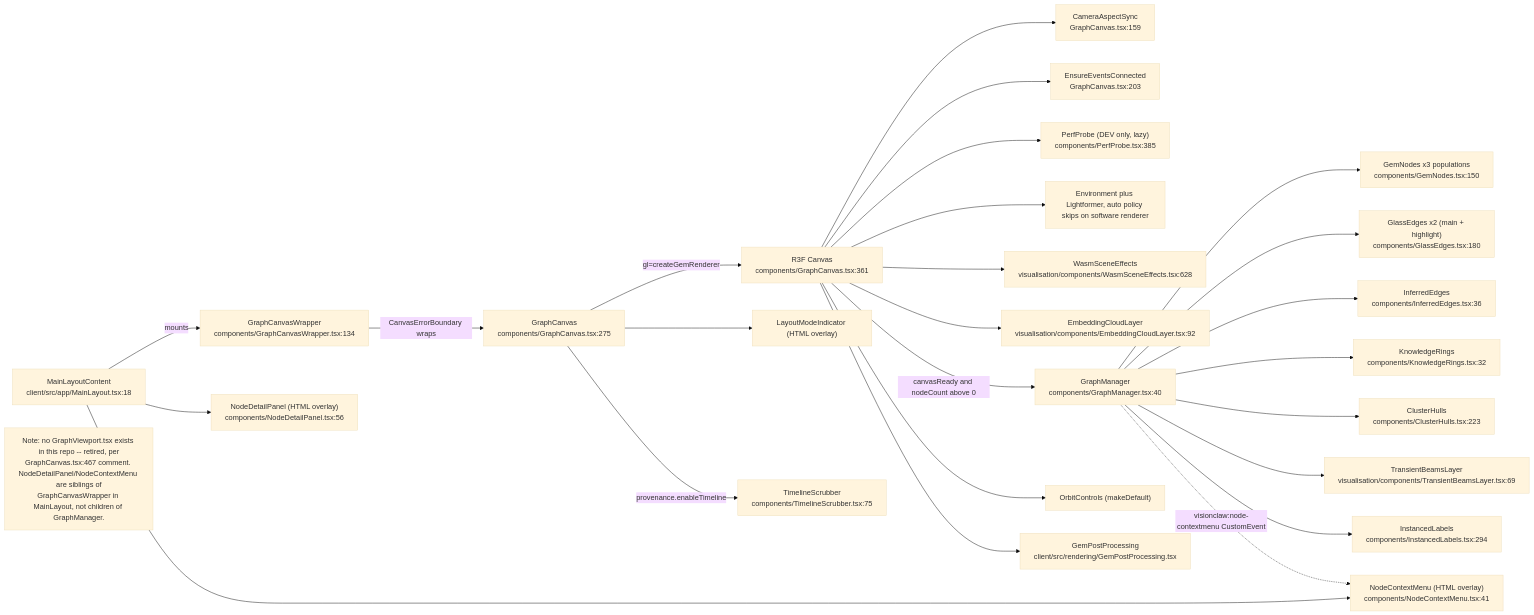
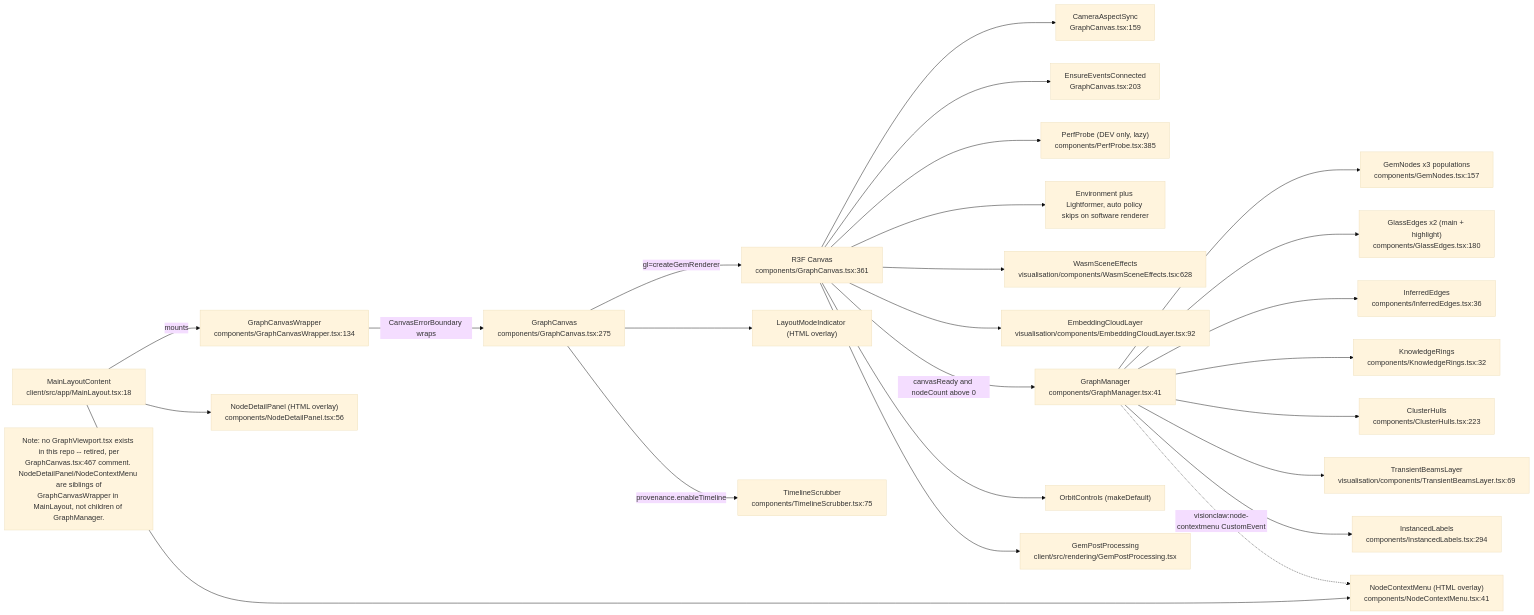
Before and after one commit to DreamLab-AI/VisionFlow: the first of 11 diagrams in docs/diagrams/visionclaw/31-client-graph-render-pipeline.md, drawn with Mermaid (base theme). The commit also changed other lines of this file and 32 other files, not shown here.

````diff
--- a/docs/diagrams/visionclaw/31-client-graph-render-pipeline.md
+++ b/docs/diagrams/visionclaw/31-client-graph-render-pipeline.md
@@ -59,28 +61,28 @@
 ```mermaid
 flowchart LR
     ML["MainLayoutContent<br/>client/src/app/MainLayout.tsx:18"] -->|mounts| GCW["GraphCanvasWrapper<br/>components/GraphCanvasWrapper.tsx:134"]
     GCW -->|CanvasErrorBoundary wraps| GC["GraphCanvas<br/>components/GraphCanvas.tsx:275"]
     GC -->|"gl=createGemRenderer"| CANVAS["R3F Canvas<br/>components/GraphCanvas.tsx:361"]
     CANVAS --> CAS["CameraAspectSync<br/>GraphCanvas.tsx:159"]
     CANVAS --> EEC["EnsureEventsConnected<br/>GraphCanvas.tsx:203"]
     CANVAS --> PP["PerfProbe (DEV only, lazy)<br/>components/PerfProbe.tsx:385"]
     CANVAS --> ENV["Environment plus Lightformer, auto policy skips on software renderer"]
     CANVAS --> WSE["WasmSceneEffects<br/>visualisation/components/WasmSceneEffects.tsx:628"]
     CANVAS --> ECL["EmbeddingCloudLayer<br/>visualisation/components/EmbeddingCloudLayer.tsx:92"]
-    CANVAS -->|"canvasReady and nodeCount above 0"| GM["GraphManager<br/>components/GraphManager.tsx:40"]
-    GM --> GN["GemNodes x3 populations<br/>components/GemNodes.tsx:150"]
+    CANVAS -->|"canvasReady and nodeCount above 0"| GM["GraphManager<br/>components/GraphManager.tsx:41"]
+    GM --> GN["GemNodes x3 populations<br/>components/GemNodes.tsx:157"]
     GM --> GE["GlassEdges x2 (main + highlight)<br/>components/GlassEdges.tsx:180"]
     GM --> IE["InferredEdges<br/>components/InferredEdges.tsx:36"]
     GM --> KR["KnowledgeRings<br/>components/KnowledgeRings.tsx:32"]
     GM --> CH["ClusterHulls<br/>components/ClusterHulls.tsx:223"]
     GM --> TBL["TransientBeamsLayer<br/>visualisation/components/TransientBeamsLayer.tsx:69"]
     GM --> IL["InstancedLabels<br/>components/InstancedLabels.tsx:294"]
     CANVAS --> OC["OrbitControls (makeDefault)"]
     CANVAS --> GPP["GemPostProcessing<br/>client/src/rendering/GemPostProcessing.tsx"]
     GC --> LMI["LayoutModeIndicator (HTML overlay)"]
     GC -->|"provenance.enableTimeline"| TS["TimelineScrubber<br/>components/TimelineScrubber.tsx:75"]
     ML --> NDP["NodeDetailPanel (HTML overlay)<br/>components/NodeDetailPanel.tsx:56"]
     ML --> NCM["NodeContextMenu (HTML overlay)<br/>components/NodeContextMenu.tsx:41"]
     GM -.->|"visionclaw:node-contextmenu CustomEvent"| NCM
     Note1["Note: no GraphViewport.tsx exists in this repo -- retired, per<br/>GraphCanvas.tsx:467 comment. NodeDetailPanel/NodeContextMenu are siblings of<br/>GraphCanvasWrapper in MainLayout, not children of GraphManager."]
 ```
````
